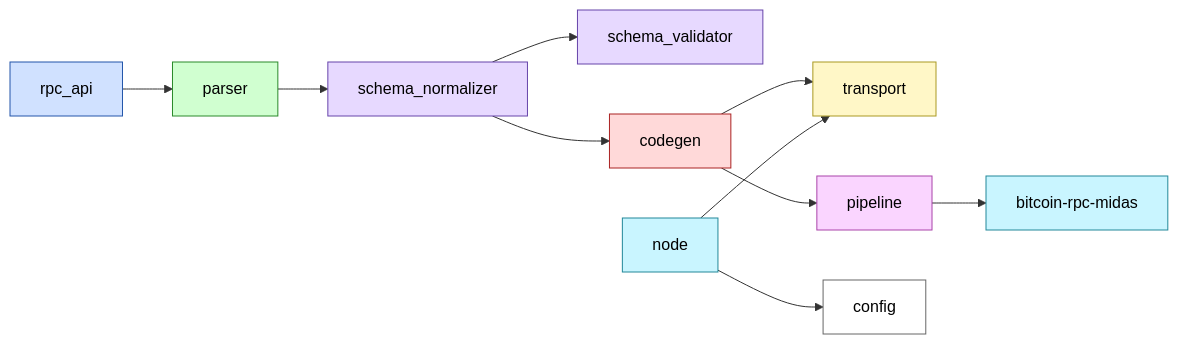
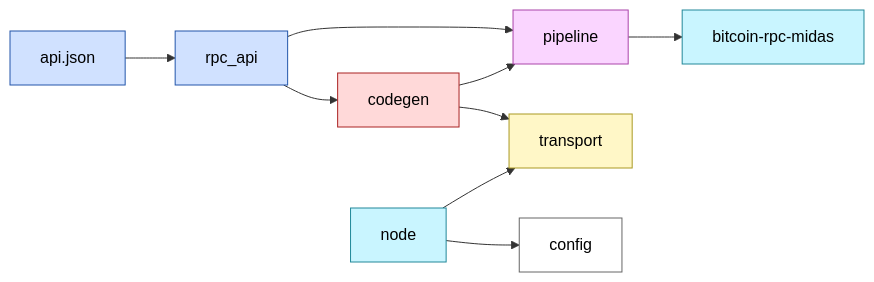
One commit to nervana21/bitcoin-rpc-codegen changed the diagram in docs/architecture.mmd. Above: the diagram before and after it, drawn with Mermaid.

```diff
--- a/docs/architecture.mmd
+++ b/docs/architecture.mmd
@@ -1,36 +1,19 @@
 flowchart LR
-  %% ───────────────────────── Nodes ─────────────────────────
-  RPC_API["rpc_api"]:::api
-  Parser["parser"]:::parser
-  SchemaNorm["schema_normalizer"]:::schema
-  SchemaVal["schema_validator"]:::schema
-  Codegen["codegen"]:::codegen
-  Transport["transport"]:::transport
-  Pipeline["pipeline"]:::pipeline
-  Midas["bitcoin‑rpc‑midas"]:::midas
-  NodeMgr["node"]:::node
-  Config["config"]:::config
+  API_JSON["api.json"]:::api --> RPC_API["rpc_api"]:::api
 
-  %% ───────────────────────── Flow ─────────────────────────
-  RPC_API  --> Parser
-  Parser   --> SchemaNorm
-  SchemaNorm --> SchemaVal
-  SchemaNorm --> Codegen
-  Codegen  --> Transport
-  Codegen  --> Pipeline
-  Pipeline --> Midas
+  RPC_API --> Codegen["codegen"]:::codegen
+  RPC_API --> Pipeline["pipeline"]:::pipeline
+  Codegen --> Pipeline
+  Codegen --> Transport["transport"]:::transport
+  Pipeline --> Midas["bitcoin‑rpc‑midas"]:::midas
 
-  %%  Node‑side utilities
-  NodeMgr  --> Transport
-  NodeMgr  --> Config
+  NodeMgr["node"]:::node --> Transport
+  NodeMgr --> Config["config"]:::config
 
-  %% ───────────────────────── Styles ─────────────────────────
   classDef api       fill:#d0e1ff,stroke:#2255aa,color:#000;
-  classDef parser    fill:#d0ffd0,stroke:#2a8a2a,color:#000;
-  classDef schema    fill:#e7d9ff,stroke:#6644aa,color:#000;
   classDef codegen   fill:#ffd9d9,stroke:#aa2222,color:#000;
   classDef transport fill:#fff7c7,stroke:#aa9922,color:#000;
   classDef pipeline  fill:#fad5ff,stroke:#aa44aa,color:#000;
   classDef midas     fill:#c9f5ff,stroke:#228899,color:#000;
   classDef node      fill:#c9f5ff,stroke:#228899,color:#000;
   classDef config    fill:#ffffff,stroke:#666666,color:#000;
```
